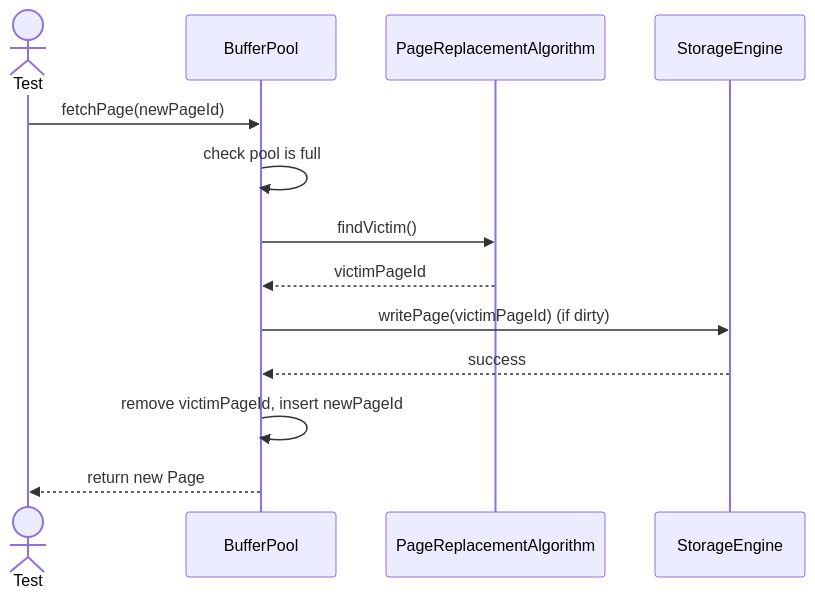
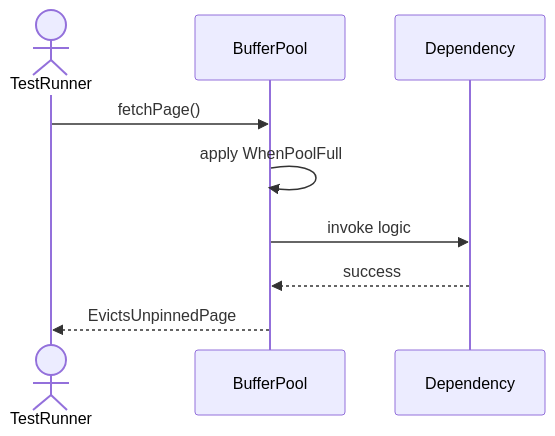
Before and after one commit to TamBui1706/DBMS: the fourth of 8 diagrams in Sequences/StorageEngine/BufferPool.md, drawn with Mermaid. The commit also changed other lines of this file and 63 other files, not shown here.

Commit message:
Draw sequence diagram for unit tests

````diff
--- a/Sequences/StorageEngine/BufferPool.md
+++ b/Sequences/StorageEngine/BufferPool.md
@@ -60,16 +61,10 @@
 ```mermaid
 sequenceDiagram
-    actor Test
+    actor TestRunner
     participant BufferPool
-    participant PageReplacementAlgorithm
-    participant StorageEngine
-
-    Test->>BufferPool: fetchPage(newPageId)
-    BufferPool->>BufferPool: check pool is full
-    BufferPool->>PageReplacementAlgorithm: findVictim()
-    PageReplacementAlgorithm-->>BufferPool: victimPageId
-    BufferPool->>StorageEngine: writePage(victimPageId) (if dirty)
-    StorageEngine-->>BufferPool: success
-    BufferPool->>BufferPool: remove victimPageId, insert newPageId
-    BufferPool-->>Test: return new Page
+    TestRunner->>BufferPool: fetchPage()
+    BufferPool->>BufferPool: apply WhenPoolFull
+    BufferPool->>Dependency: invoke logic
+    Dependency-->>BufferPool: success
+    BufferPool-->>TestRunner: EvictsUnpinnedPage
 ```
````
